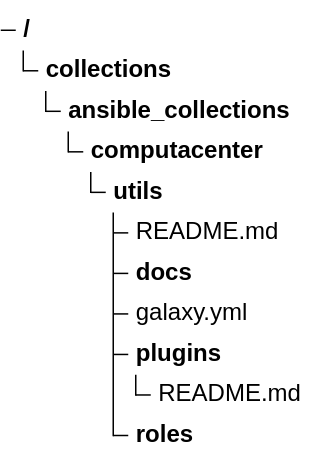
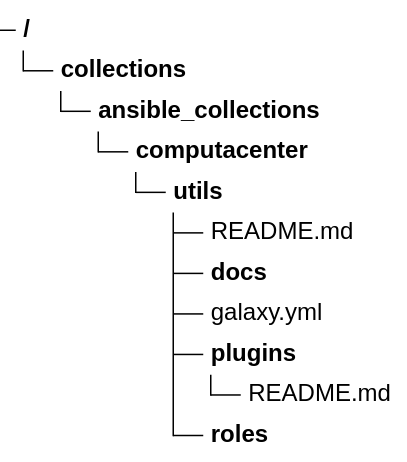
The diagram in docs/development/extending.md (computacenter-com/ansible-best-practices), drawn with Mermaid before and after one commit. The commit also changed 7 other files, not shown here.

Commit message:
Increased indentation for all treeView diagramms to improve readability.

````diff
--- a/docs/development/extending.md
+++ b/docs/development/extending.md
@@ -25,13 +25,18 @@
     ``` mermaid
+    ---
+    config:
+      treeView:
+        rowIndent: 20
+    ---
     treeView-beta
     collections/
     └── ansible_collections/
         └── computacenter/
             └── utils/
                 ├── README.md
                 ├── docs/
                 ├── galaxy.yml
                 ├── plugins/
                 │   └── README.md
                 └── roles/
     ```
````
